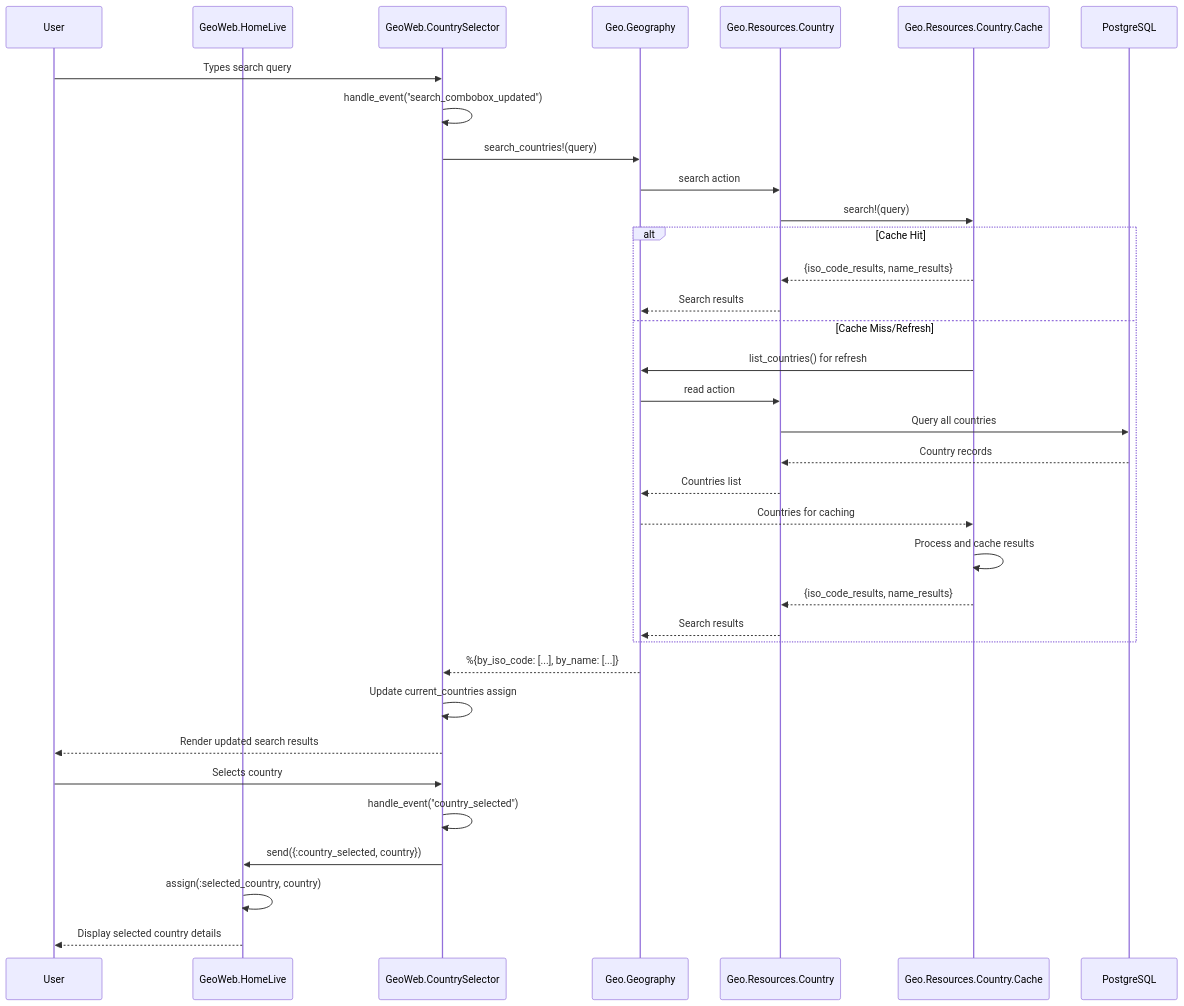
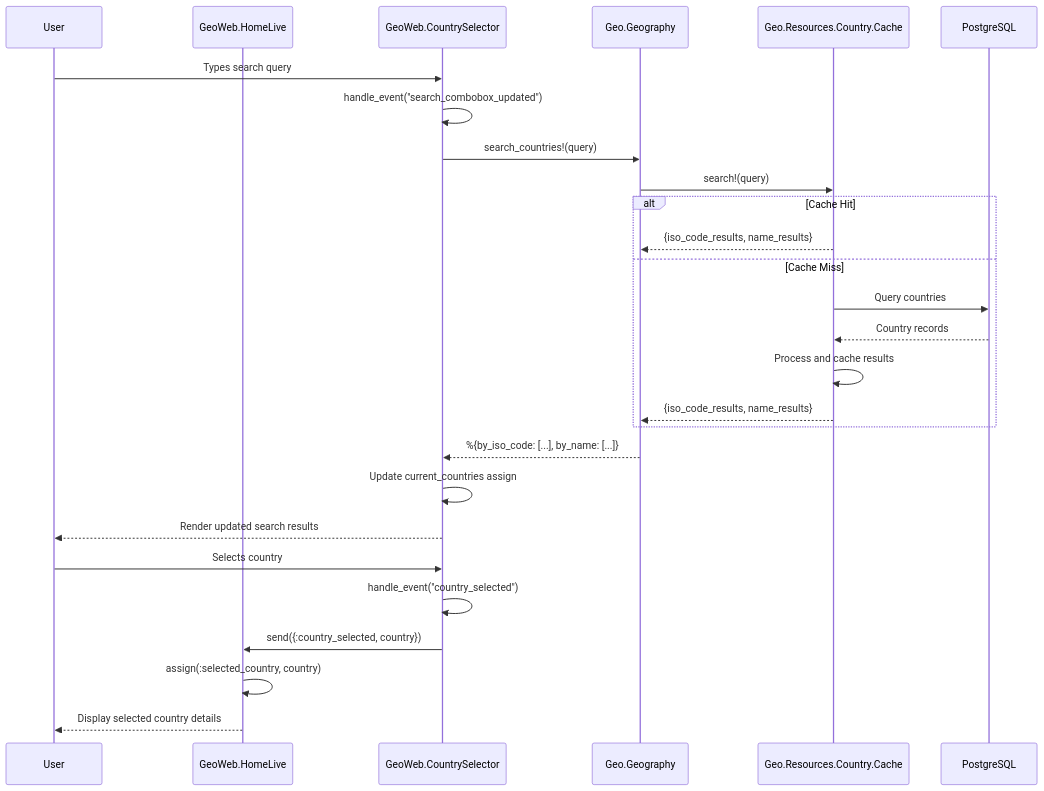
The second of 6 diagrams in README.md (dev-guy/geo), drawn with Mermaid before and after one commit. The commit also changed other lines of this file, not shown here.

````diff
--- a/README.md
+++ b/README.md
@@ -182,41 +167,33 @@
 ```mermaid
 sequenceDiagram
     participant User
     participant LiveView as GeoWeb.HomeLive
     participant Component as GeoWeb.CountrySelector
     participant Domain as Geo.Geography
-    participant Resource as Geo.Resources.Country
     participant Cache as Geo.Resources.Country.Cache
     participant DB as PostgreSQL
 
     User->>Component: Types search query
     Component->>Component: handle_event("search_combobox_updated")
     Component->>Domain: search_countries!(query)
-    Domain->>Resource: search action
-    Resource->>Cache: search!(query)
+    Domain->>Cache: search!(query)
     
     alt Cache Hit
-        Cache-->>Resource: {iso_code_results, name_results}
-        Resource-->>Domain: Search results
-    else Cache Miss/Refresh
-        Cache->>Domain: list_countries() for refresh
-        Domain->>Resource: read action
-        Resource->>DB: Query all countries
-        DB-->>Resource: Country records
-        Resource-->>Domain: Countries list
-        Domain-->>Cache: Countries for caching
+        Cache-->>Domain: {iso_code_results, name_results}
+    else Cache Miss
+        Cache->>DB: Query countries
+        DB-->>Cache: Country records
         Cache->>Cache: Process and cache results
-        Cache-->>Resource: {iso_code_results, name_results}
-        Resource-->>Domain: Search results
+        Cache-->>Domain: {iso_code_results, name_results}
     end
     
     Domain-->>Component: %{by_iso_code: [...], by_name: [...]}
     Component->>Component: Update current_countries assign
     Component-->>User: Render updated search results
     
     User->>Component: Selects country
     Component->>Component: handle_event("country_selected")
     Component->>LiveView: send({:country_selected, country})
     LiveView->>LiveView: assign(:selected_country, country)
     LiveView-->>User: Display selected country details
 ```
````
